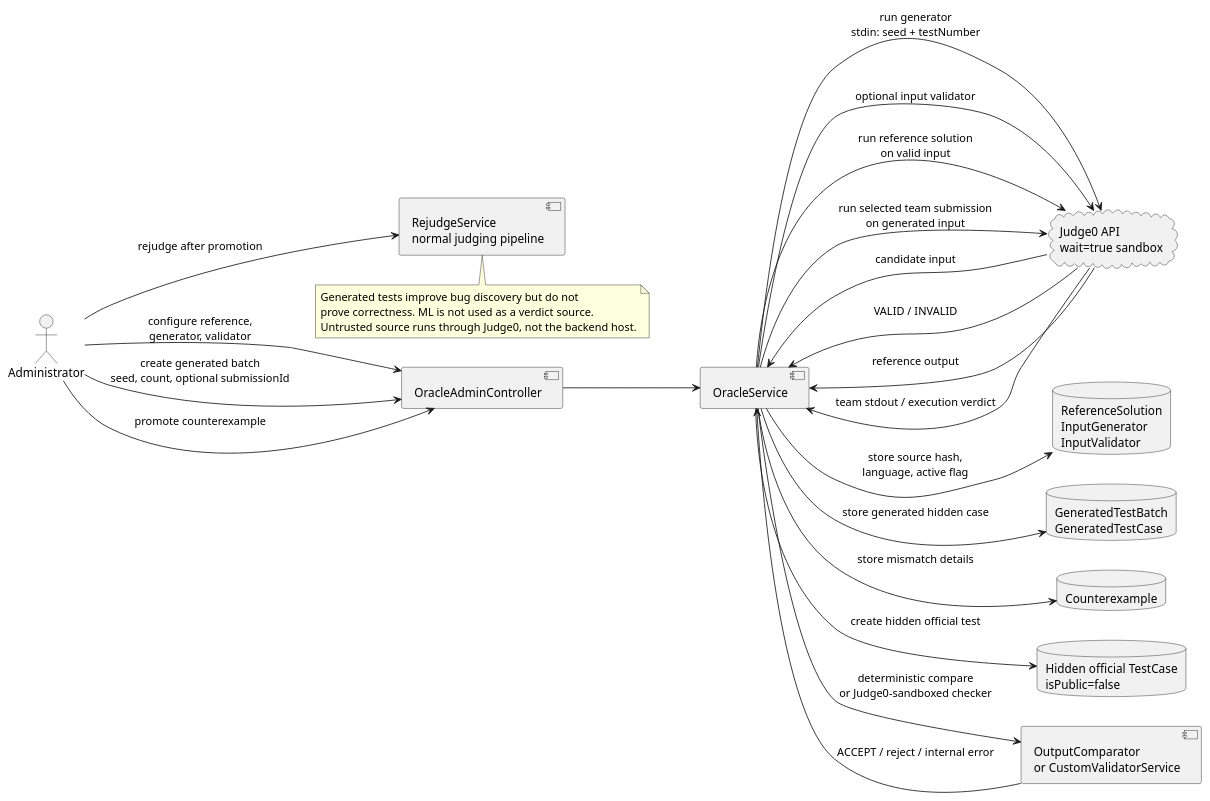
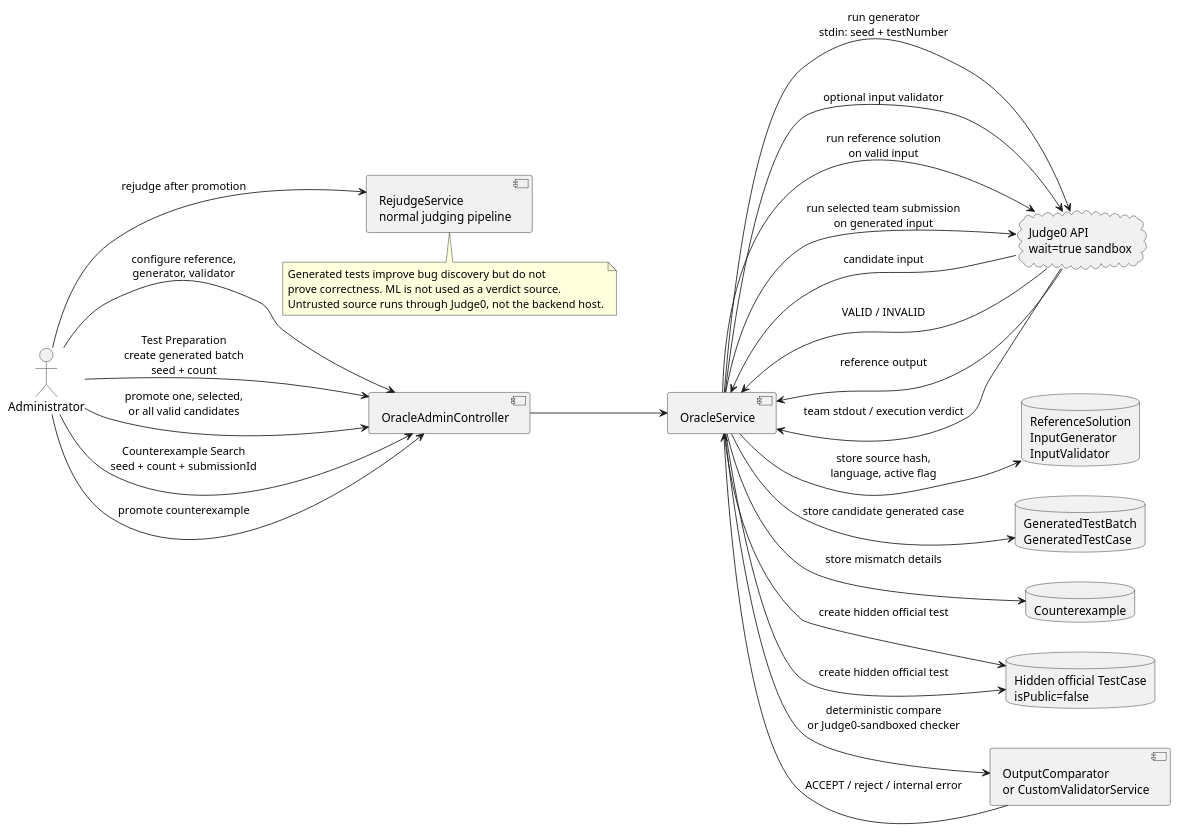
Before and after one commit to AuraC-graduate-project/AuraC2: diagram 18 of 18 in docs/report-rebuild/diagram-prompts.md, drawn with PlantUML. The commit also changed other lines of this file and 18 other files, not shown here.

Commit message:
feat(phase-8): add reference oracle and generated test workflow

````diff
--- a/docs/report-rebuild/diagram-prompts.md
+++ b/docs/report-rebuild/diagram-prompts.md
@@ -1061,41 +1061,45 @@
 ```plantuml
 @startuml
 left to right direction
 actor Administrator as Admin
 component "OracleAdminController" as Controller
 component "OracleService" as Oracle
 cloud "Judge0 API\nwait=true sandbox" as Judge0
 database "ReferenceSolution\nInputGenerator\nInputValidator" as Config
 database "GeneratedTestBatch\nGeneratedTestCase" as Generated
 database "Counterexample" as Counterexamples
 database "Hidden official TestCase\nisPublic=false" as HiddenTC
 component "OutputComparator\nor CustomValidatorService" as Compare
 component "RejudgeService\nnormal judging pipeline" as Rejudge
 
 Admin --> Controller : configure reference,\ngenerator, validator
 Controller --> Oracle
 Oracle --> Config : store source hash,\nlanguage, active flag
-Admin --> Controller : create generated batch\nseed, count, optional submissionId
+Admin --> Controller : Test Preparation\ncreate generated batch\nseed + count
 Oracle --> Judge0 : run generator\nstdin: seed + testNumber
 Judge0 --> Oracle : candidate input
 Oracle --> Judge0 : optional input validator
 Judge0 --> Oracle : VALID / INVALID
 Oracle --> Judge0 : run reference solution\non valid input
 Judge0 --> Oracle : reference output
-Oracle --> Generated : store generated hidden case
+Oracle --> Generated : store candidate generated case
+Admin --> Controller : promote one, selected,\nor all valid candidates
+Oracle --> HiddenTC : create hidden official test
+
+Admin --> Controller : Counterexample Search\nseed + count + submissionId
 Oracle --> Judge0 : run selected team submission\non generated input
 Judge0 --> Oracle : team stdout / execution verdict
 Oracle --> Compare : deterministic compare\nor Judge0-sandboxed checker
 Compare --> Oracle : ACCEPT / reject / internal error
 Oracle --> Counterexamples : store mismatch details
 Admin --> Controller : promote counterexample
 Oracle --> HiddenTC : create hidden official test
 Admin --> Rejudge : rejudge after promotion
 
 note bottom
 Generated tests improve bug discovery but do not
 prove correctness. ML is not used as a verdict source.
 Untrusted source runs through Judge0, not the backend host.
 end note
 @enduml
 ```
````
